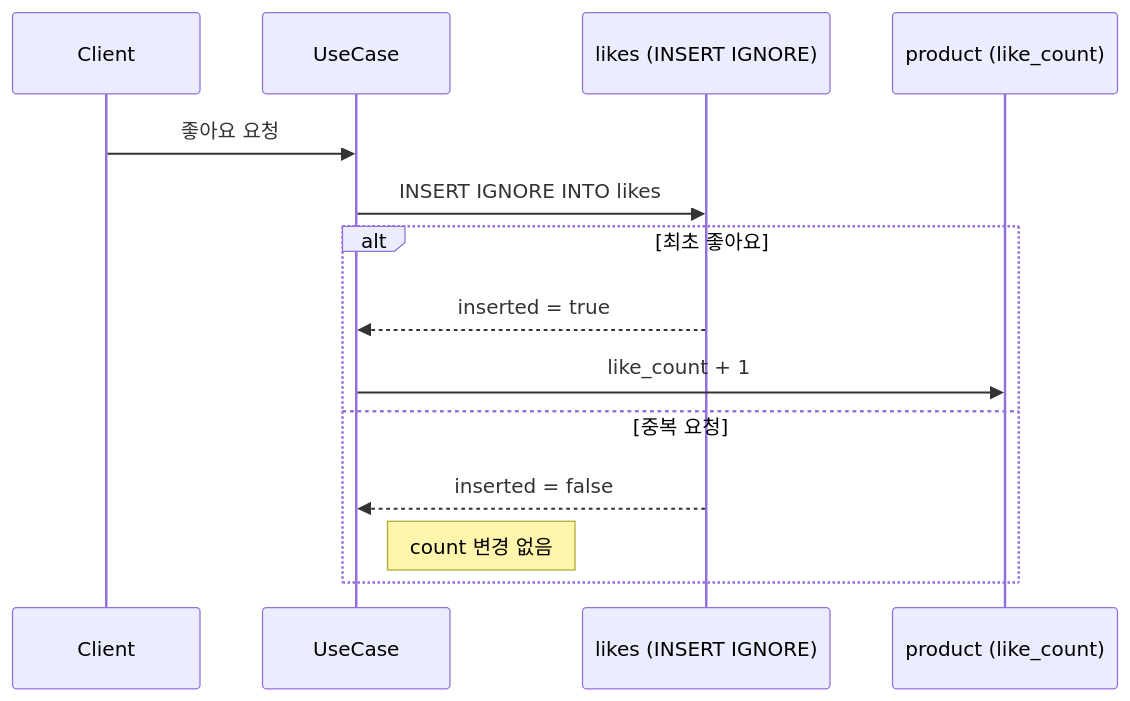
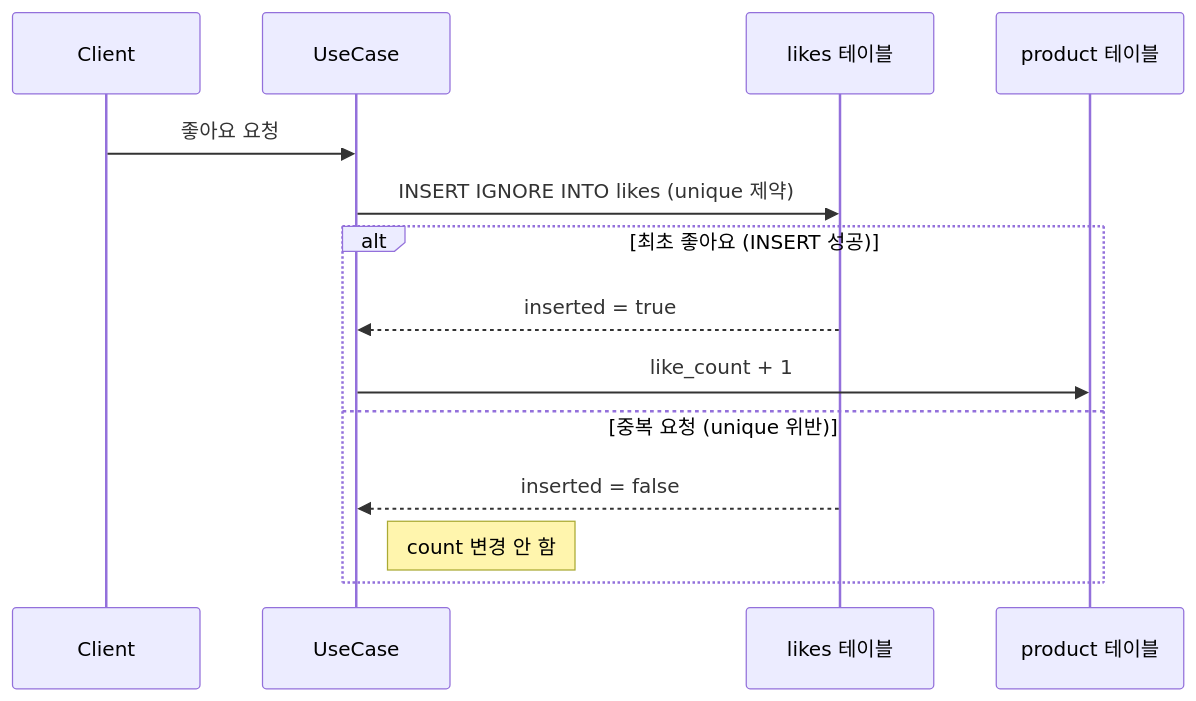
One commit to hyungkishin/hyungkishin.github.io changed the fourth of 10 diagrams in contents/posts/roopers/technical-writing/round5/index.md. Above: the diagram before and after it, drawn with Mermaid. The commit also changed other lines of this file, not shown here.

````diff
--- a/contents/posts/roopers/technical-writing/round5/index.md
+++ b/contents/posts/roopers/technical-writing/round5/index.md
@@ -132,17 +218,17 @@
 ```mermaid
 sequenceDiagram
     participant Client
     participant UseCase
-    participant LikeTable as likes (INSERT IGNORE)
-    participant ProductTable as product (like_count)
+    participant likes as likes 테이블
+    participant product as product 테이블
 
     Client->>UseCase: 좋아요 요청
-    UseCase->>LikeTable: INSERT IGNORE INTO likes
-    alt 최초 좋아요
-        LikeTable-->>UseCase: inserted = true
-        UseCase->>ProductTable: like_count + 1
-    else 중복 요청
-        LikeTable-->>UseCase: inserted = false
-        Note right of UseCase: count 변경 없음
+    UseCase->>likes: INSERT IGNORE INTO likes (unique 제약)
+    alt 최초 좋아요 (INSERT 성공)
+        likes-->>UseCase: inserted = true
+        UseCase->>product: like_count + 1
+    else 중복 요청 (unique 위반)
+        likes-->>UseCase: inserted = false
+        Note right of UseCase: count 변경 안 함
     end
 ```
````
